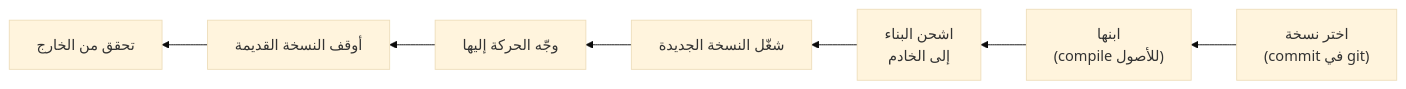
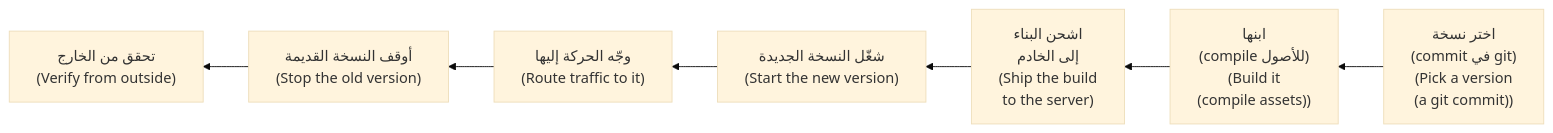
Before and after one commit to Tamoura/system-design-for-vibe-coders: the first of 5 diagrams in modules/04-deploys/module.ar.md, drawn with Mermaid (base theme). The commit also changed other lines of this file and 62 other files, not shown here.

First line of the commit message:
Arabic editions: English on every diagram label, RTL fixes, rebuild

````diff
--- a/modules/04-deploys/module.ar.md
+++ b/modules/04-deploys/module.ar.md
@@ -31,9 +31,9 @@
 ```mermaid
 flowchart RL
-    A["اختر نسخة<br/>(commit في git)"] --> B["ابنها<br/>(compile للأصول)"]
-    B --> C["اشحن البناء<br/>إلى الخادم"]
-    C --> D["شغّل النسخة الجديدة"]
-    D --> E["وجّه الحركة إليها"]
-    E --> F["أوقف النسخة القديمة"]
-    F --> G["تحقق من الخارج"]
+    A["اختر نسخة<br/>(commit في git)<br/>(Pick a version<br/>(a git commit))"] --> B["ابنها<br/>(compile للأصول)<br/>(Build it<br/>(compile assets))"]
+    B --> C["اشحن البناء<br/>إلى الخادم<br/>(Ship the build<br/>to the server)"]
+    C --> D["شغّل النسخة الجديدة<br/>(Start the new version)"]
+    D --> E["وجّه الحركة إليها<br/>(Route traffic to it)"]
+    E --> F["أوقف النسخة القديمة<br/>(Stop the old version)"]
+    F --> G["تحقق من الخارج<br/>(Verify from outside)"]
 ```
````
